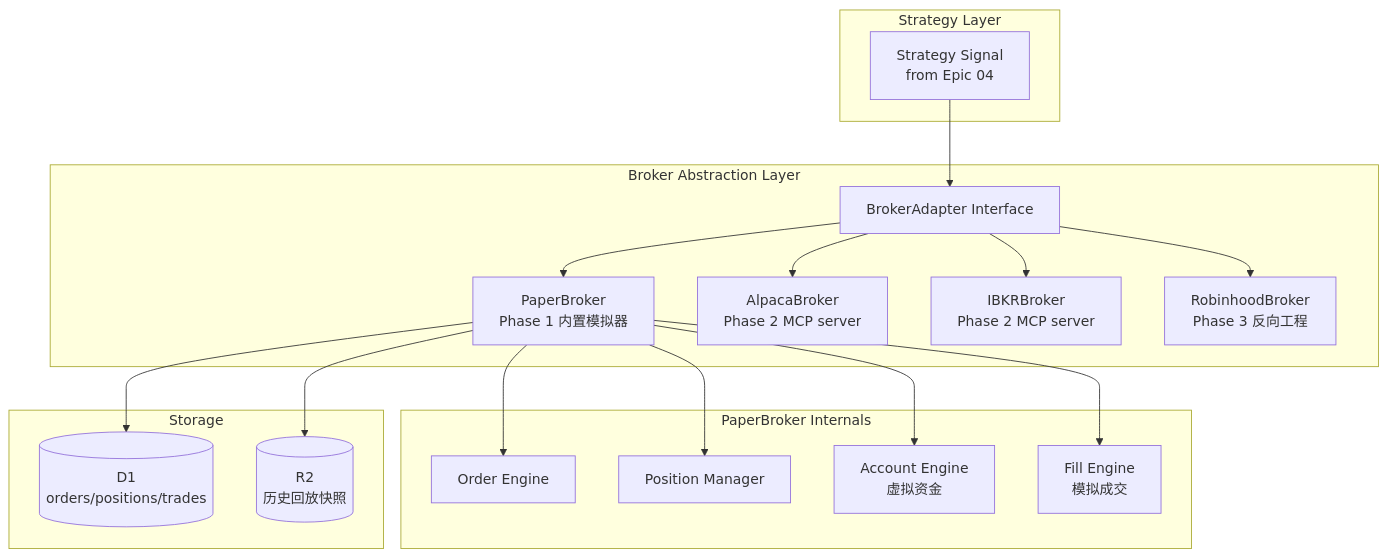
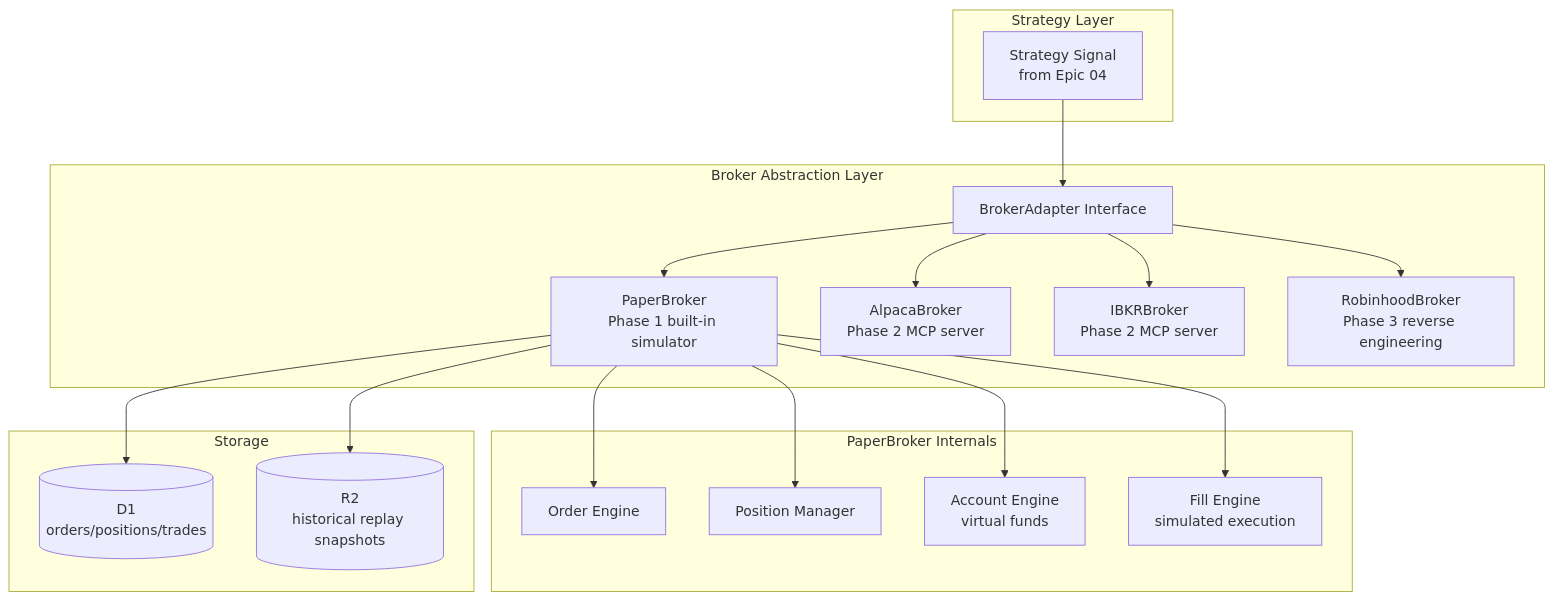
The first of 2 diagrams in docs/prd/epic/06_Broker_Integration.md (ZedeX/nova-invest), drawn with Mermaid before and after one commit. The commit also changed other lines of this file and 42 other files, not shown here.

````diff
--- a/docs/prd/epic/06_Broker_Integration.md
+++ b/docs/prd/epic/06_Broker_Integration.md
@@ -50,28 +50,28 @@
 ```mermaid
 flowchart TB
     subgraph "Strategy Layer"
         S[Strategy Signal<br/>from Epic 04]
     end
 
     subgraph "Broker Abstraction Layer"
         BA[BrokerAdapter Interface]
-        BA --> PB[PaperBroker<br/>Phase 1 内置模拟器]
+        BA --> PB[PaperBroker<br/>Phase 1 built-in simulator]
         BA --> AB[AlpacaBroker<br/>Phase 2 MCP server]
         BA --> IB[IBKRBroker<br/>Phase 2 MCP server]
-        BA --> RB[RobinhoodBroker<br/>Phase 3 反向工程]
+        BA --> RB[RobinhoodBroker<br/>Phase 3 reverse engineering]
     end
 
     subgraph "PaperBroker Internals"
         PB --> OE[Order Engine]
         PB --> PM[Position Manager]
-        PB --> AE[Account Engine<br/>虚拟资金]
-        PB --> FE[Fill Engine<br/>模拟成交]
+        PB --> AE[Account Engine<br/>virtual funds]
+        PB --> FE[Fill Engine<br/>simulated execution]
     end
 
     subgraph "Storage"
         PB --> D1[(D1<br/>orders/positions/trades)]
-        PB --> R2[(R2<br/>历史回放快照)]
+        PB --> R2[(R2<br/>historical replay snapshots)]
     end
 
     S --> BA
 ```
````
